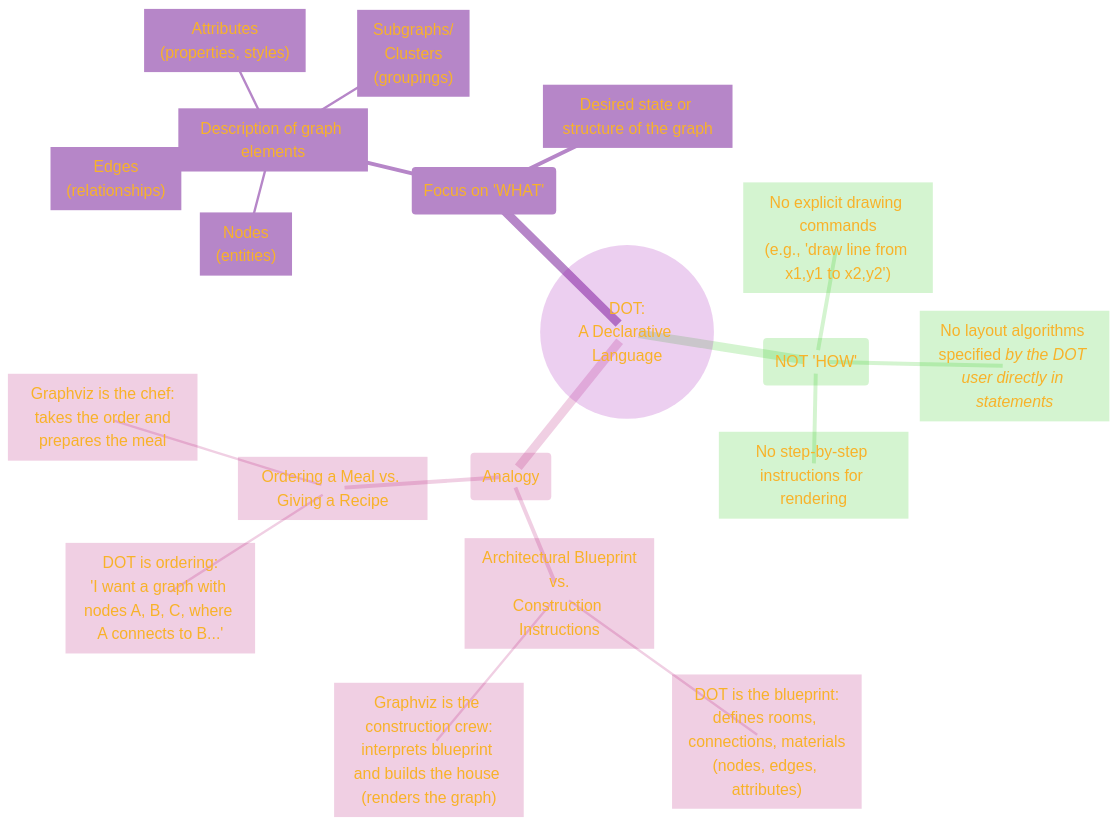
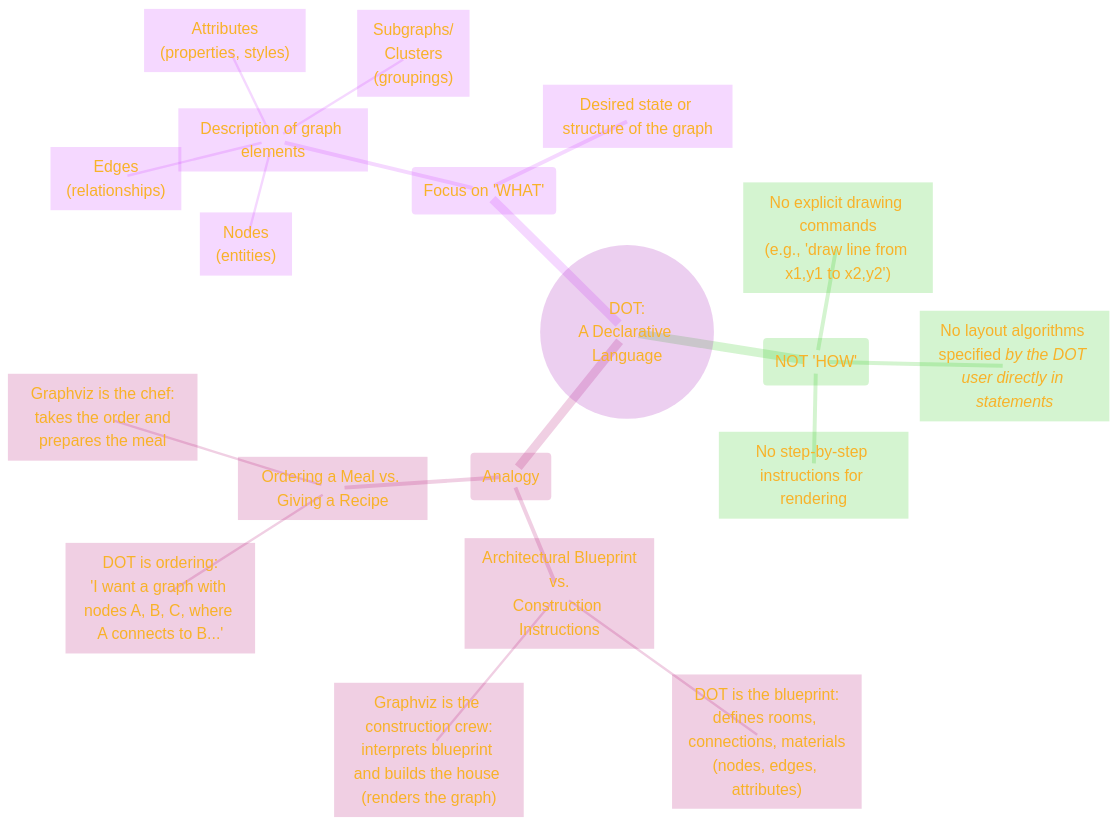
Before and after one commit to CongLeSolutionX/The-Language-Atlas: the first of 2 diagrams in regions/DOT_language/PART_1/01_Declarative_Nature.md, drawn with Mermaid. The commit also changed 10 other files, not shown here.

````diff
--- a/regions/DOT_language/PART_1/01_Declarative_Nature.md
+++ b/regions/DOT_language/PART_1/01_Declarative_Nature.md
@@ -27,47 +27,47 @@
 ```mermaid
 ---
 title: "CHANGE_ME_DADDY"
 author: "Cong Le"
 version: "1.0"
 license(s): "MIT, CC BY 4.0"
 copyright: "Copyright (c) 2025 Cong Le. All Rights Reserved."
 config:
   theme: base
 ---
 %%%%%%%% Mermaid version v11.4.1-b.14
 %%{
   init: {
     'fontFamily': 'Monaco',
     'themeVariables': {
       'primaryColor': '#D5E3',
       'primaryTextColor': '#F8B229',
       'primaryBorderColor': '#27AE60',
-      'secondaryColor': '#EBDEF0',
+      'secondaryColor': '#EBF3',
       'secondaryTextColor': '#6C3483',
       'secondaryBorderColor': '#A569BD',
       'fontSize': '20px'
     }
   }
 }%%
 mindmap
   root(("DOT:<br/>A Declarative Language"))
     Focus_on_WHAT("Focus on 'WHAT'")
       Description_of_graph_elements["Description of graph elements"]
         Nodes["Nodes<br/>(entities)"]
         Edges["Edges<br/>(relationships)"]
         Attributes["Attributes<br/>(properties, styles)"]
         Subgraphs_Clusters["Subgraphs/<br/>Clusters<br/>(groupings)"]
       Desired_state_or_structure_of_the_graph["Desired state or structure of the graph"]
     NOT_HOW("NOT 'HOW'")
       No_explicit_drawing_commands["No explicit drawing commands<br/>(e.g., 'draw line from x1,y1 to x2,y2')"]
       No_layout_algorithms_specified["No layout algorithms specified *by the DOT user directly in statements*"]
       No_step_by_step_instructions_for_rendering["No step-by-step instructions for rendering"]
 
     Analogy("Analogy")
       Architectural_Blueprint_vs_Construction_Instructions["Architectural Blueprint<br/>vs.<br/>Construction Instructions"]
         DOT_is_the_blueprint[" DOT is the blueprint: defines rooms, connections, materials<br/>(nodes, edges, attributes)"]
         Graphviz_is_the_construction_crew["Graphviz is the construction crew:<br/>interprets blueprint and builds the house <br/>(renders the graph)"]
       Ordering_a_Meal_vs_Giving_a_Recipe["Ordering a Meal vs. Giving a Recipe"]
         DOT_is_ordering["DOT is ordering:<br/>'I want a graph with nodes A, B, C, where A connects to B...'"]
         Graphviz_is_the_chef["Graphviz is the chef:<br/> takes the order and prepares the meal"]
 ```
````
